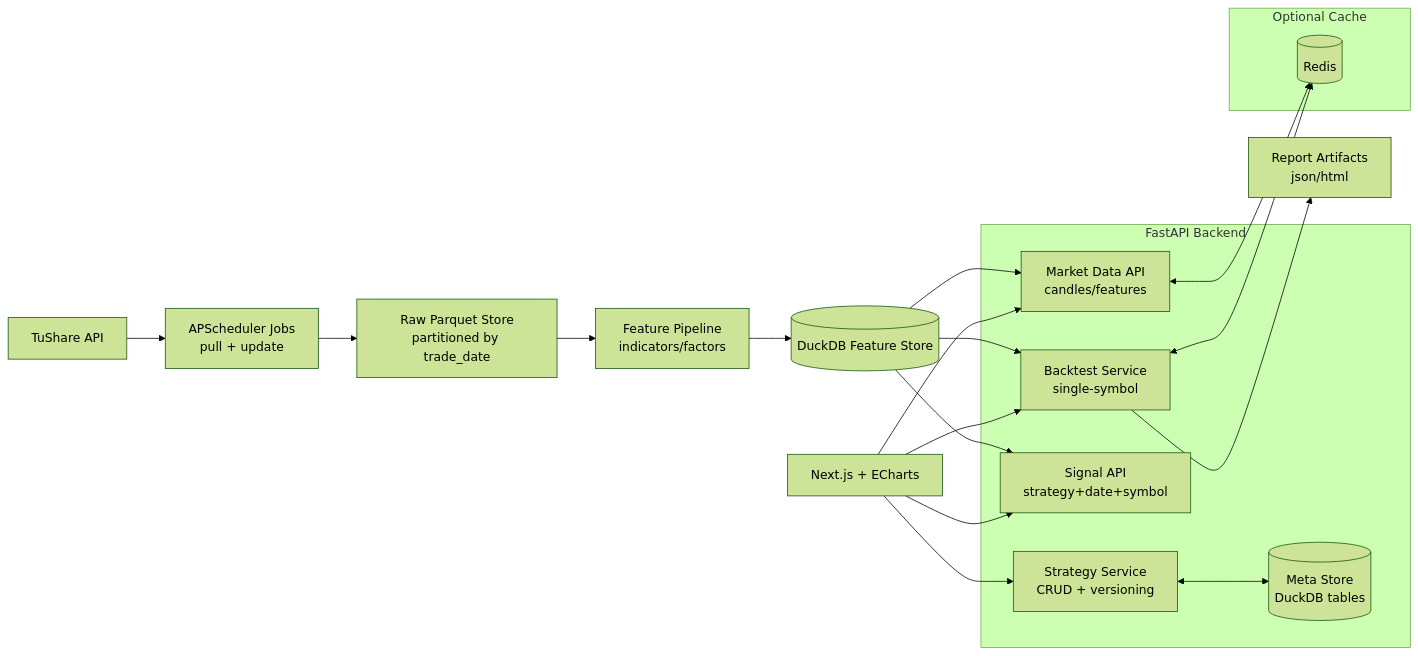
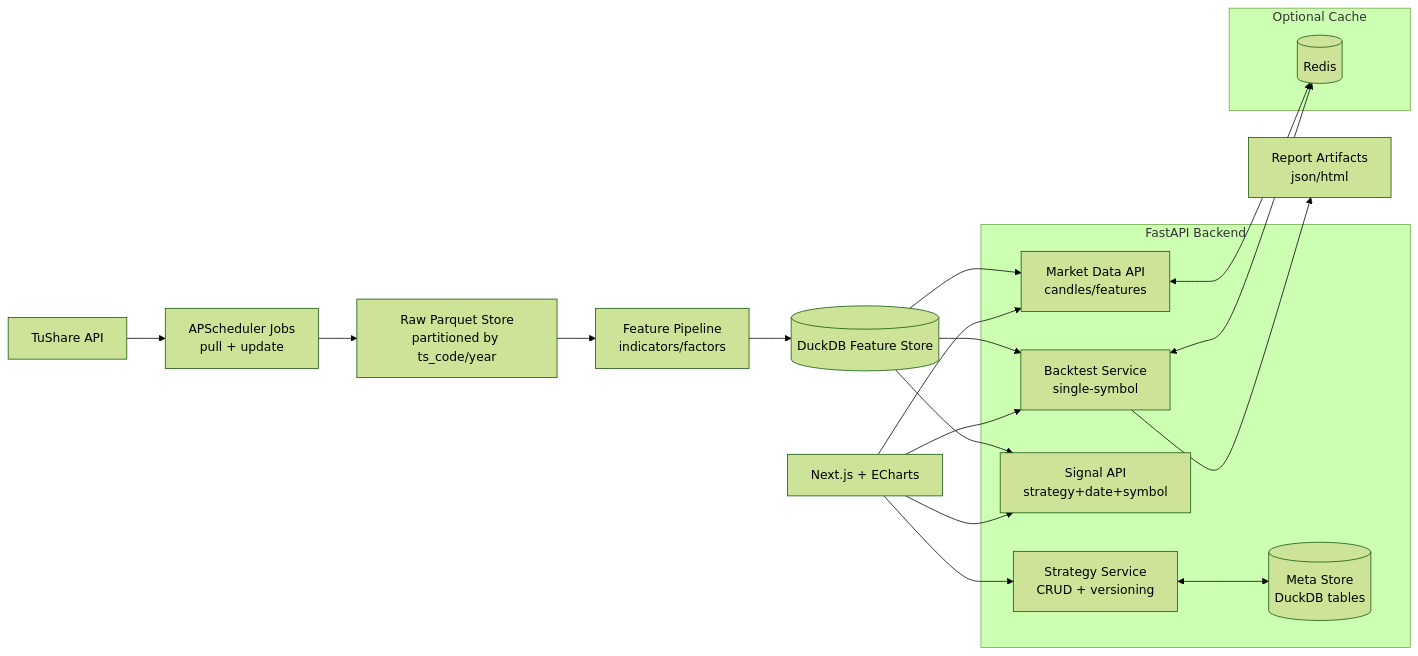
One commit to JamesGu14/freedom changed the diagram in README.md. Above: the diagram before and after it, drawn with Mermaid (forest theme). The commit also changed other lines of this file and 1 other file, not shown here.

````diff
--- a/README.md
+++ b/README.md
@@ -37,32 +37,32 @@
 ```mermaid
 flowchart LR
   A[TuShare API] --> B[APScheduler Jobs<br/>pull + update]
-  B --> C[Raw Parquet Store<br/>partitioned by trade_date]
+  B --> C[Raw Parquet Store<br/>partitioned by ts_code/year]
   C --> D[Feature Pipeline<br/>indicators/factors]
   D --> E[(DuckDB Feature Store)]
 
   subgraph Backend[FastAPI Backend]
     F1[Market Data API<br/>candles/features]
     F2[Strategy Service<br/>CRUD + versioning]
     F3[Signal API<br/>strategy+date+symbol]
     F4[Backtest Service<br/>single-symbol]
     F5[(Meta Store<br/>DuckDB tables)]
   end
 
   E --> F1
   E --> F3
   E --> F4
   F2 <--> F5
   F4 --> G[Report Artifacts<br/>json/html]
 
   subgraph Cache[Optional Cache]
     R[(Redis)]
   end
   F1 <--> R
   F4 <--> R
 
   UI[Next.js + ECharts] --> F1
   UI --> F2
   UI --> F3
   UI --> F4
 ```
````
